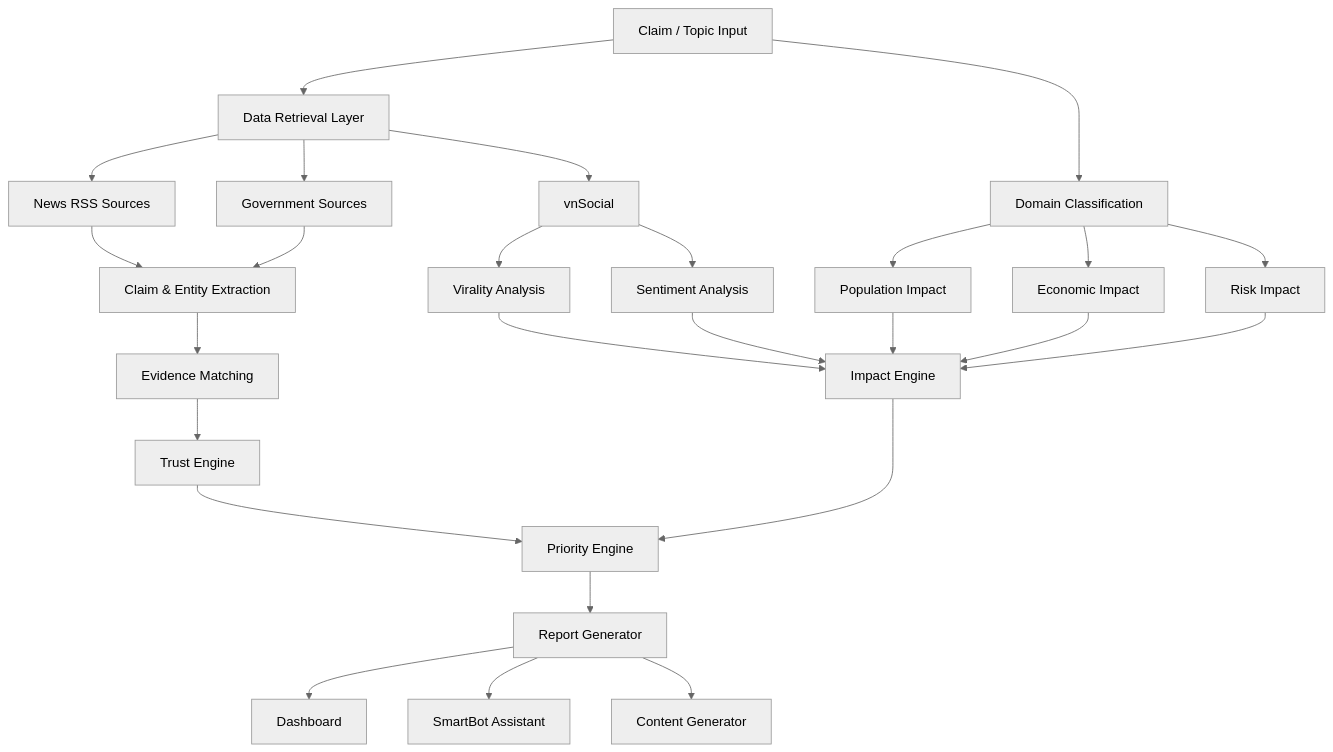
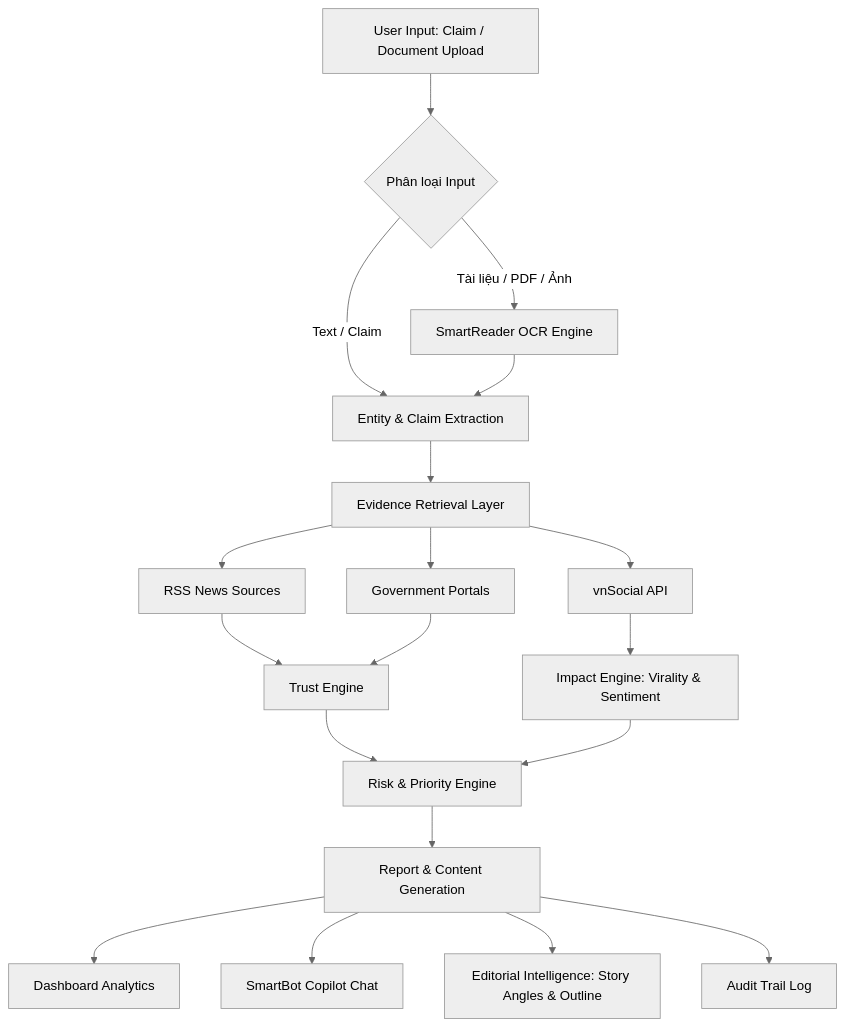
Before and after one commit to KidCute1412/VietnameseHackAIthon2026-SocialMedia: the diagram in docs/architectures/SYSTEM_ARCHITECTURE_V1.md, drawn with Mermaid (neutral theme). The commit also changed other lines of this file and 3 other files, not shown here.

````diff
--- a/docs/architectures/SYSTEM_ARCHITECTURE_V1.md
+++ b/docs/architectures/SYSTEM_ARCHITECTURE_V1.md
@@ -21,42 +16,30 @@
 ```mermaid
 flowchart TD
-
-A[Claim / Topic Input]
-
-A --> B[Data Retrieval Layer]
-
-B --> C[News RSS Sources]
-B --> D[Government Sources]
-B --> E[vnSocial]
-
-C --> F[Claim & Entity Extraction]
-D --> F
-
-F --> G[Evidence Matching]
-
-G --> H[Trust Engine]
-
-E --> I[Virality Analysis]
-E --> J[Sentiment Analysis]
-
-A --> K[Domain Classification]
-
-K --> L[Population Impact]
-K --> M[Economic Impact]
-K --> N[Risk Impact]
-
-I --> O[Impact Engine]
-J --> O
-L --> O
-M --> O
-N --> O
-
-H --> P[Priority Engine]
-O --> P
-
-P --> Q[Report Generator]
-
-Q --> R[Dashboard]
-Q --> S[SmartBot Assistant]
-Q --> T[Content Generator]
+    A[User Input: Claim / Document Upload] --> B{Phân loại Input}
+    
+    B -->|Tài liệu / PDF / Ảnh| C[SmartReader OCR Engine]
+    B -->|Text / Claim| D[Entity & Claim Extraction]
+    
+    C --> D
+    
+    D --> E[Evidence Retrieval Layer]
+    
+    E --> F[RSS News Sources]
+    E --> G[Government Portals]
+    E --> H[vnSocial API]
+    
+    F --> I[Trust Engine]
+    G --> I
+    
+    H --> J[Impact Engine: Virality & Sentiment]
+    
+    I --> K[Risk & Priority Engine]
+    J --> K
+    
+    K --> L[Report & Content Generation]
+    
+    L --> M[Dashboard Analytics]
+    L --> N[SmartBot Copilot Chat]
+    L --> O[Editorial Intelligence: Story Angles & Outline]
+    L --> P[Audit Trail Log]
 ```
````
